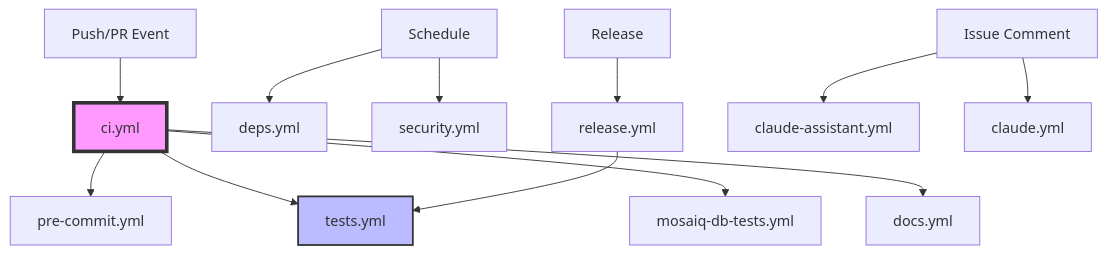
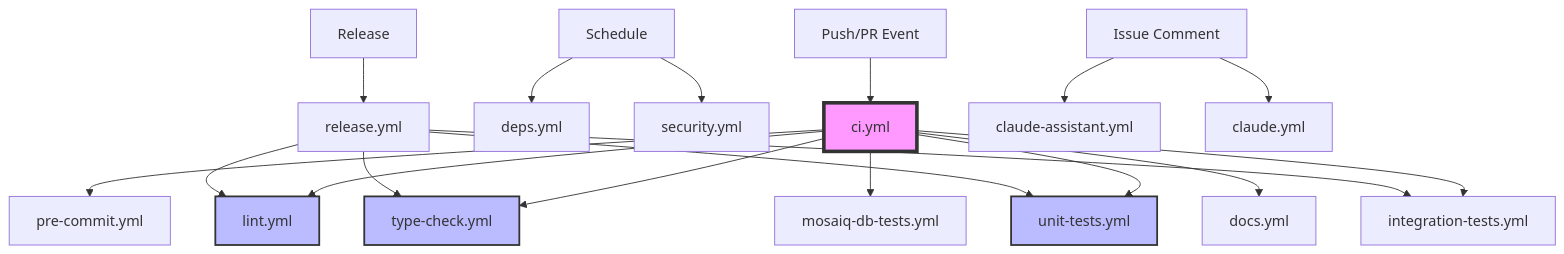
Before and after one commit to pymedphys/pymedphys: the diagram in .github/workflows-readme.md, drawn with Mermaid. The commit also changed other lines of this file and 8 other files, not shown here.

````diff
--- a/.github/workflows-readme.md
+++ b/.github/workflows-readme.md
@@ -9,20 +9,28 @@
 ```mermaid
 graph TD
     A[Push/PR Event] --> B[ci.yml]
     B --> C[pre-commit.yml]
-    B --> D[tests.yml]
-    B --> E[mosaiq-db-tests.yml]
-    B --> F[docs.yml]
+    B --> D[lint.yml]
+    B --> E[type-check.yml]
+    B --> F[unit-tests.yml]
+    B --> G[integration-tests.yml]
+    B --> H[mosaiq-db-tests.yml]
+    B --> I[docs.yml]
 
-    G[Schedule] --> H[deps.yml]
-    G --> I[security.yml]
+    J[Schedule] --> K[deps.yml]
+    J --> L[security.yml]
 
-    J[Release] --> K[release.yml]
-    K --> D
+    M[Release] --> N[release.yml]
+    N --> D
+    N --> E
+    N --> F
+    N --> G
 
-    L[Issue Comment] --> M[claude-assistant.yml]
-    L --> N[claude.yml]
+    O[Issue Comment] --> P[claude-assistant.yml]
+    O --> Q[claude.yml]
 
     style B fill:#f9f,stroke:#333,stroke-width:4px
     style D fill:#bbf,stroke:#333,stroke-width:2px
+    style E fill:#bbf,stroke:#333,stroke-width:2px
+    style F fill:#bbf,stroke:#333,stroke-width:2px
 ```
````
